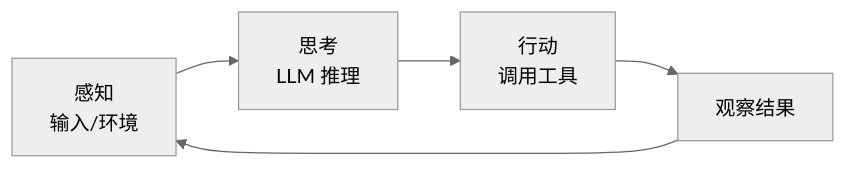
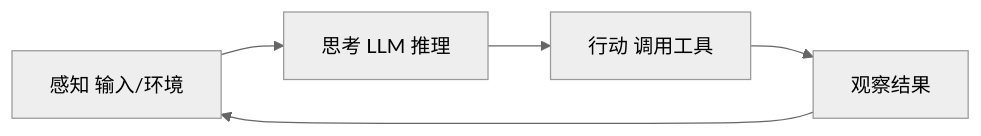
Before and after one commit to ildream/learnAI: the ninth of 9 diagrams in docs/ai-fundamentals/index.md, drawn with Mermaid (neutral theme). The commit also changed other lines of this file and 2 other files, not shown here.

Commit message:
fix: remove all \n from mermaid diagrams

````diff
--- a/docs/ai-fundamentals/index.md
+++ b/docs/ai-fundamentals/index.md
@@ -279,7 +279,7 @@
 ```mermaid
 graph LR
-    A[感知\n输入/环境] --> B[思考\nLLM 推理]
-    B --> C[行动\n调用工具]
+    A[感知 输入/环境] --> B[思考 LLM 推理]
+    B --> C[行动 调用工具]
     C --> D[观察结果]
     D --> A
 ```
````
